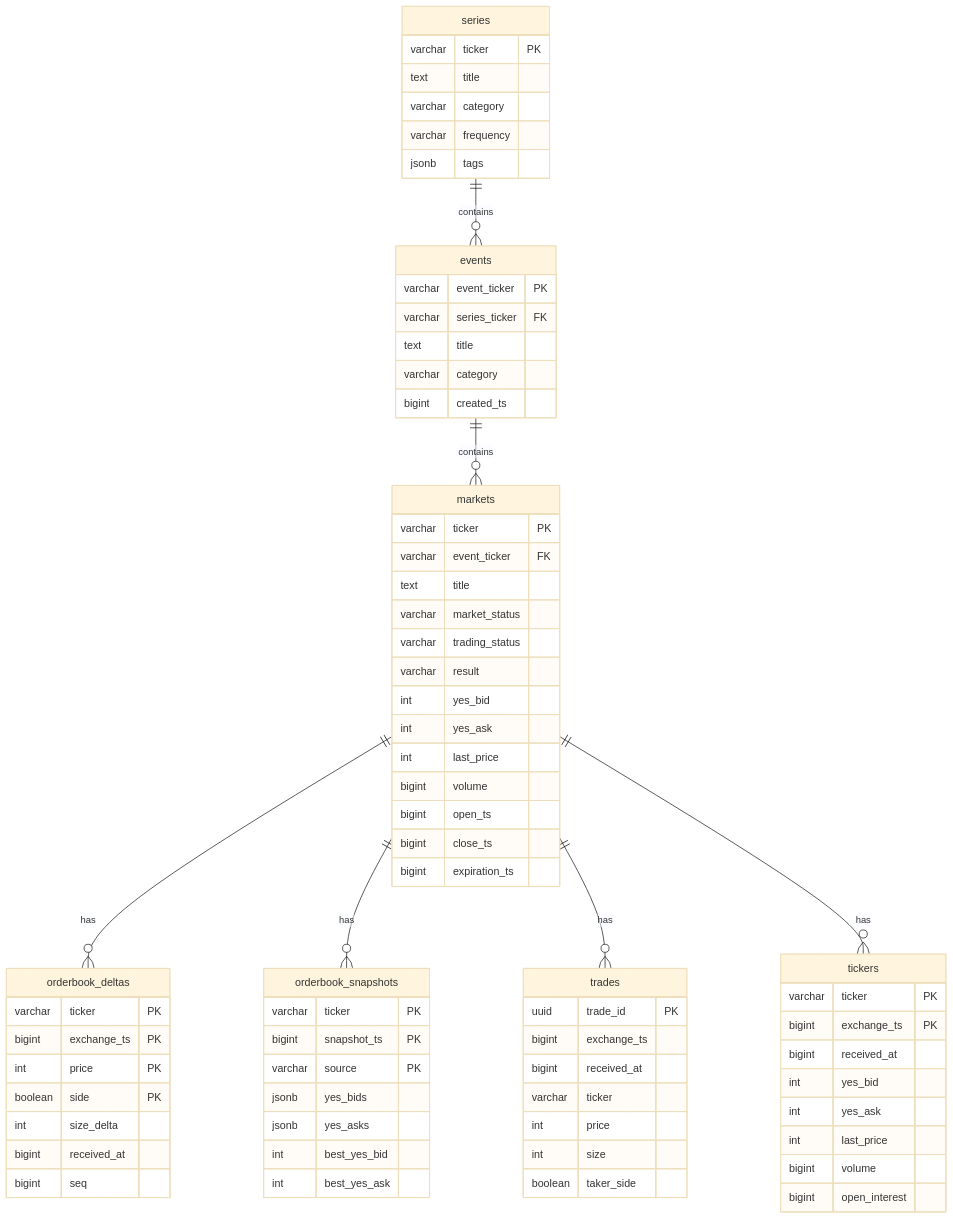
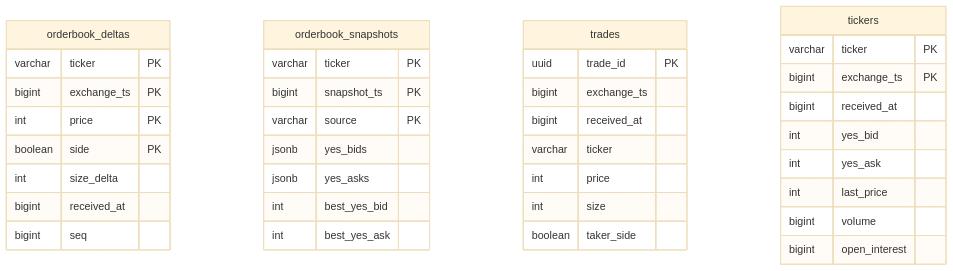
One commit to Projectsrxg/kalshi_v2 changed the diagram in docs/kalshi-data/architecture/data-model.md. Above: the diagram before and after it, drawn with Mermaid (base theme). The commit also changed other lines of this file and 27 other files, not shown here.

````diff
--- a/docs/kalshi-data/architecture/data-model.md
+++ b/docs/kalshi-data/architecture/data-model.md
@@ -18,82 +29,43 @@
 ```mermaid
 erDiagram
-    series ||--o{ events : contains
-    events ||--o{ markets : contains
-    markets ||--o{ orderbook_deltas : has
-    markets ||--o{ orderbook_snapshots : has
-    markets ||--o{ trades : has
-    markets ||--o{ tickers : has
-
-    series {
-        varchar ticker PK
-        text title
-        varchar category
-        varchar frequency
-        jsonb tags
-    }
-
-    events {
-        varchar event_ticker PK
-        varchar series_ticker FK
-        text title
-        varchar category
-        bigint created_ts
-    }
-
-    markets {
-        varchar ticker PK
-        varchar event_ticker FK
-        text title
-        varchar market_status
-        varchar trading_status
-        varchar result
-        int yes_bid
-        int yes_ask
-        int last_price
-        bigint volume
-        bigint open_ts
-        bigint close_ts
-        bigint expiration_ts
-    }
-
     orderbook_deltas {
         varchar ticker PK
         bigint exchange_ts PK
         int price PK
         boolean side PK
         int size_delta
         bigint received_at
         bigint seq
     }
 
     orderbook_snapshots {
         varchar ticker PK
         bigint snapshot_ts PK
         varchar source PK
         jsonb yes_bids
         jsonb yes_asks
         int best_yes_bid
         int best_yes_ask
     }
 
     trades {
         uuid trade_id PK
         bigint exchange_ts
         bigint received_at
         varchar ticker
         int price
         int size
         boolean taker_side
     }
 
     tickers {
         varchar ticker PK
         bigint exchange_ts PK
         bigint received_at
         int yes_bid
         int yes_ask
         int last_price
         bigint volume
         bigint open_interest
     }
 ```
````
